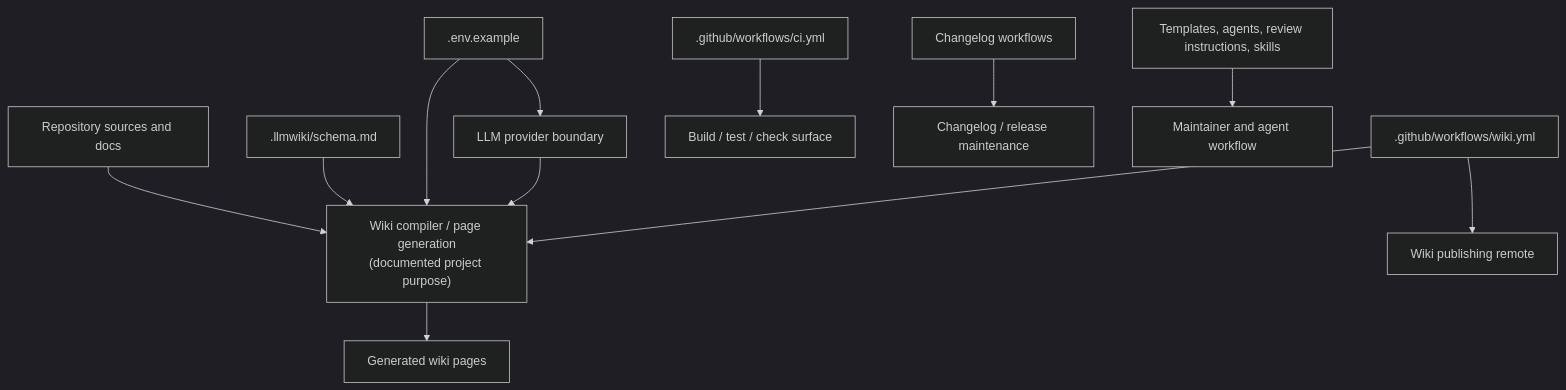
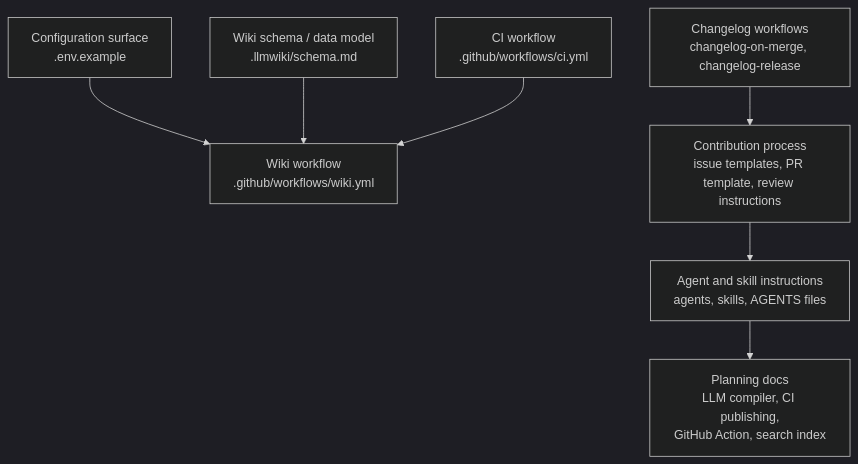
The second of 4 diagrams in Architecture.md (mfittko/repo-wiki), drawn with Mermaid (dark theme) before and after one commit. The commit also changed other lines of this file and 43 other files, not shown here.

Commit message:
Compile repository wiki 2026-05-16T10:52:28.383Z

````diff
--- a/Architecture.md
+++ b/Architecture.md
@@ -168,18 +157,18 @@
 ```mermaid
 flowchart TB
-  Sources["Repository sources and docs"] --> Compiler["Wiki compiler / page generation<br/>(documented project purpose)"]
-  Schema[".llmwiki/schema.md"] --> Compiler
-  Compiler --> WikiPages["Generated wiki pages"]
+  Config["Configuration surface<br/>.env.example"]
+  Schema["Wiki schema / data model<br/>.llmwiki/schema.md"]
+  WikiWorkflow["Wiki workflow<br/>.github/workflows/wiki.yml"]
+  CI["CI workflow<br/>.github/workflows/ci.yml"]
+  Changelog["Changelog workflows<br/>changelog-on-merge, changelog-release"]
+  Process["Contribution process<br/>issue templates, PR template, review instructions"]
+  Agents["Agent and skill instructions<br/>agents, skills, AGENTS files"]
+  DocsPlans["Planning docs<br/>LLM compiler, CI publishing,<br/>GitHub Action, search index"]
 
-  Env[".env.example"] --> Compiler
-  Env --> LLMBoundary["LLM provider boundary"]
-  LLMBoundary --> Compiler
-
-  WikiWF[".github/workflows/wiki.yml"] --> Compiler
-  WikiWF --> Publish["Wiki publishing remote"]
-
-  CI[".github/workflows/ci.yml"] --> BuildCheck["Build / test / check surface"]
-  Changelog["Changelog workflows"] --> ReleaseNotes["Changelog / release maintenance"]
-
-  Governance["Templates, agents, review instructions, skills"] --> Maintainers["Maintainer and agent workflow"]
+  Config --> WikiWorkflow
+  Schema --> WikiWorkflow
+  CI --> WikiWorkflow
+  Process --> Agents
+  Agents --> DocsPlans
+  Changelog --> Process
 ```
````
